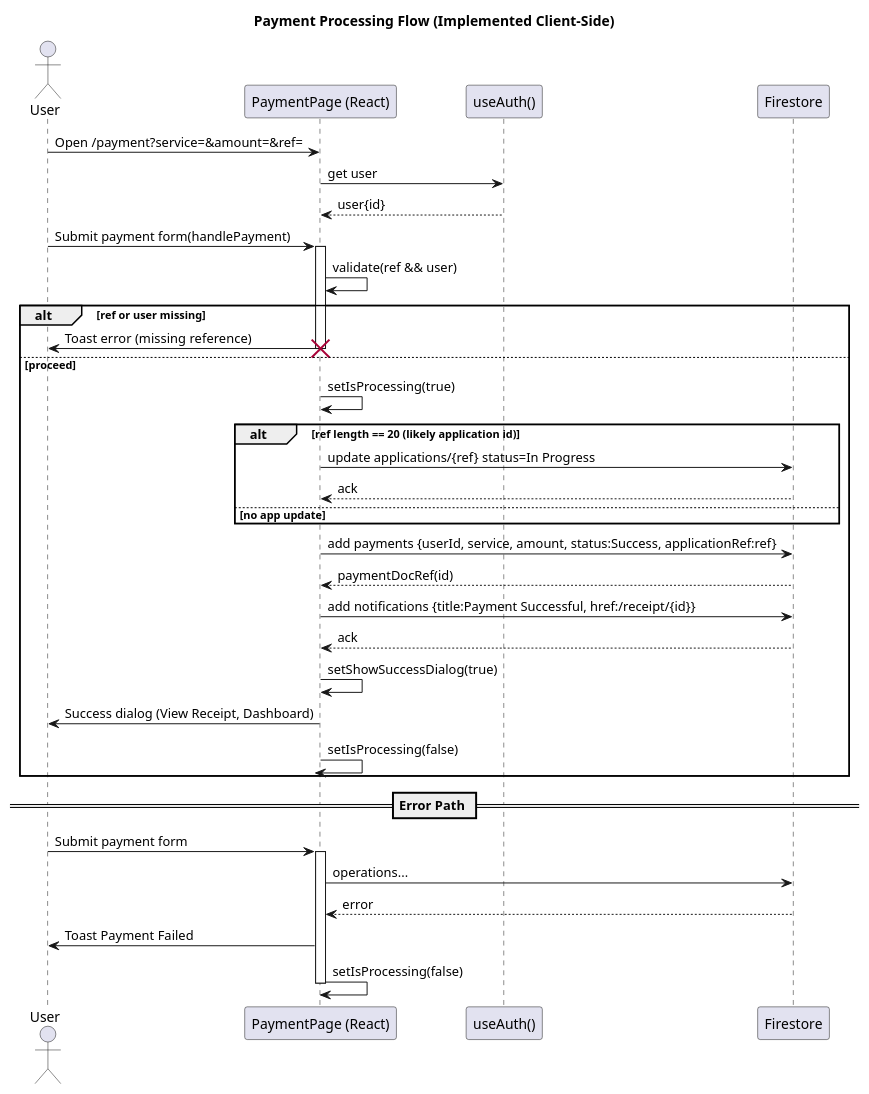
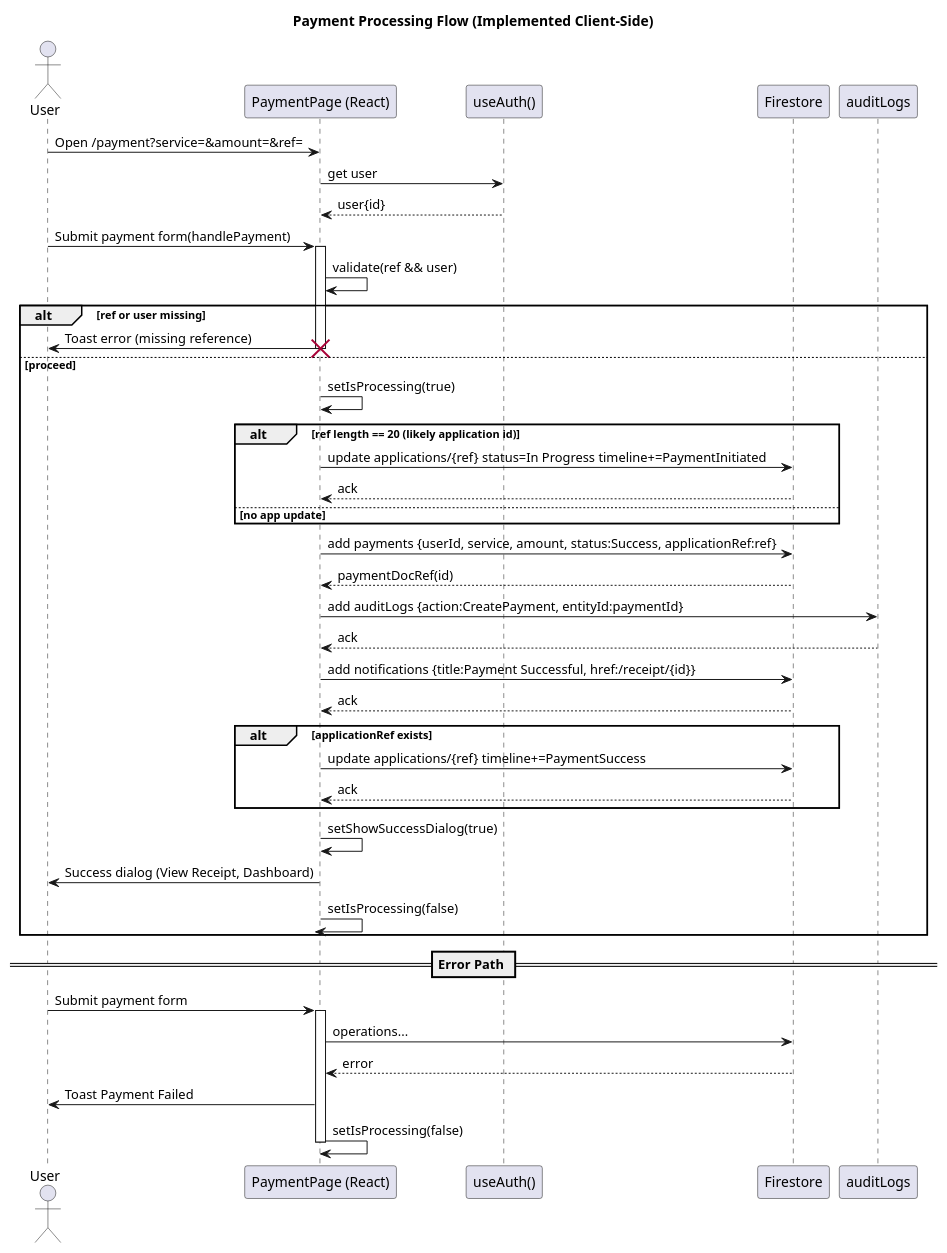
The diagram in docs/sequence-diagrams/payment-flow.puml (AdithyaSean/govconnect-sl), drawn with PlantUML before and after one commit. The commit also changed 34 other files, not shown here.

```diff
--- a/docs/sequence-diagrams/payment-flow.puml
+++ b/docs/sequence-diagrams/payment-flow.puml
@@ -1,45 +1,52 @@
 @startuml payment_flow
 title Payment Processing Flow (Implemented Client-Side)
 ' =====================================================================
 ' Based on src/app/payment/page.tsx logic
 ' =====================================================================
 actor User
 participant UI as "PaymentPage (React)"
 participant Auth as "useAuth()"
 participant FS as "Firestore"
+participant AUD as "auditLogs"
 
 User -> UI: Open /payment?service=&amount=&ref=
 UI -> Auth: get user
 Auth --> UI: user{id}
 User -> UI: Submit payment form(handlePayment)
 activate UI
 UI -> UI: validate(ref && user)
 alt ref or user missing
   UI -> User: Toast error (missing reference)
   deactivate UI
   destroy UI
 else proceed
   UI -> UI: setIsProcessing(true)
   alt ref length == 20 (likely application id)
-    UI -> FS: update applications/{ref} status=In Progress
-    FS --> UI: ack
+    UI -> FS: update applications/{ref} status=In Progress timeline+=PaymentInitiated
+      FS --> UI: ack
   else no app update
   end
   UI -> FS: add payments {userId, service, amount, status:Success, applicationRef:ref}
   FS --> UI: paymentDocRef(id)
+  UI -> AUD: add auditLogs {action:CreatePayment, entityId:paymentId}
+  AUD --> UI: ack
   UI -> FS: add notifications {title:Payment Successful, href:/receipt/{id}}
   FS --> UI: ack
+  alt applicationRef exists
+    UI -> FS: update applications/{ref} timeline+=PaymentSuccess
+    FS --> UI: ack
+  end
   UI -> UI: setShowSuccessDialog(true)
   UI -> User: Success dialog (View Receipt, Dashboard)
   UI -> UI: setIsProcessing(false)
   deactivate UI
 end
 == Error Path ==
 User -> UI: Submit payment form
 activate UI
 UI -> FS: operations...
 FS --> UI: error
 UI -> User: Toast Payment Failed
 UI -> UI: setIsProcessing(false)
 deactivate UI
 @enduml
```
